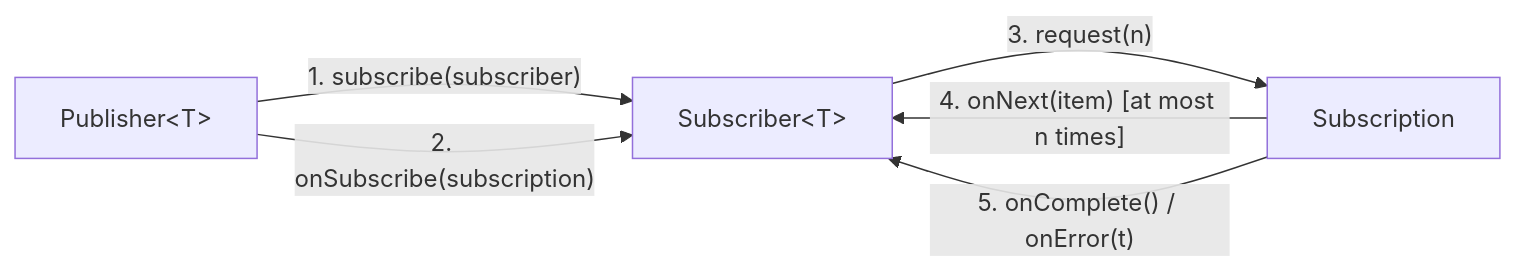
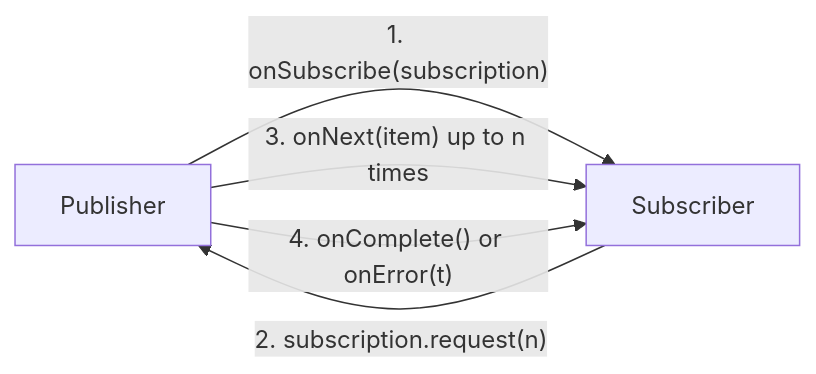
Before and after one commit to ravishankar2463/java_hub: the first of 3 diagrams in content/roadmap/level-4/reactive-programming-basics.md, drawn with Mermaid. The commit also changed other lines of this file and 119 other files, not shown here.

Commit message:
feat: add comprehensive java learning roadmap content across multiple levels

````diff
--- a/content/roadmap/level-4/reactive-programming-basics.md
+++ b/content/roadmap/level-4/reactive-programming-basics.md
@@ -50,12 +87,7 @@
 ```mermaid
 flowchart LR
-    Publisher["Publisher&lt;T&gt;"]
-    Subscriber["Subscriber&lt;T&gt;"]
-    Subscription["Subscription"]
-
-    Publisher -->|"1. subscribe(subscriber)"| Subscriber
-    Publisher -->|"2. onSubscribe(subscription)"| Subscriber
-    Subscriber -->|"3. request(n)"| Subscription
-    Subscription -->|"4. onNext(item) [at most n times]"| Subscriber
-    Subscription -->|"5. onComplete() / onError(t)"| Subscriber
+    pub["Publisher"] -->|"1. onSubscribe(subscription)"| sub["Subscriber"]
+    sub -->|"2. subscription.request(n)"| pub
+    pub -->|"3. onNext(item) up to n times"| sub
+    pub -->|"4. onComplete() or onError(t)"| sub
 ```
````
